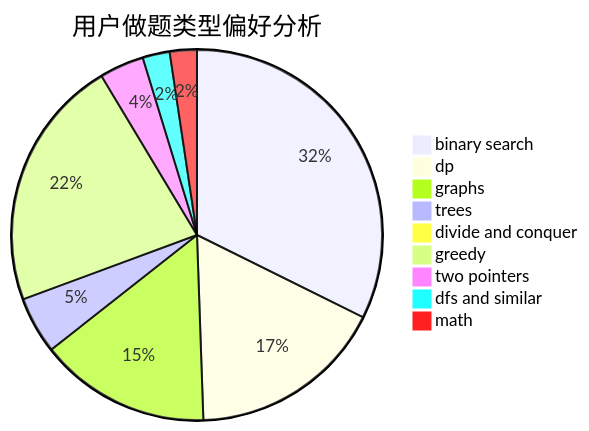
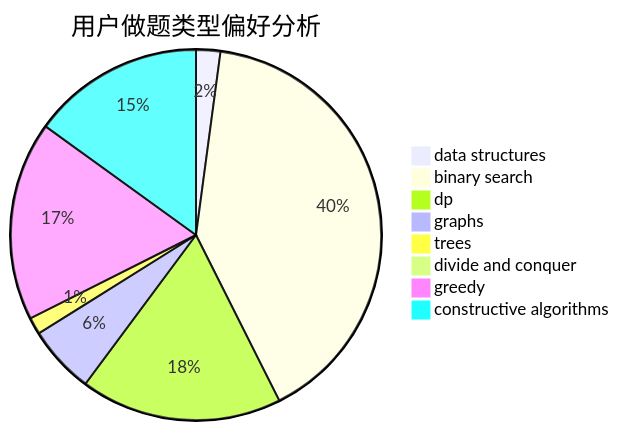
One commit to sherpahu/cfrs.github.io changed the second of 3 diagrams in docs/user/u1535.md. Above: the diagram before and after it, drawn with Mermaid. The commit also changed other lines of this file and 2775 other files, not shown here.

````diff
--- a/docs/user/u1535.md
+++ b/docs/user/u1535.md
@@ -23,12 +23,11 @@
 ```mermaid
 pie title 用户做题类型偏好分析
-    "binary search" :  383
-    "dp" :  203
-    "graphs" :  177
-    "trees" :  59
+    "data structures" :  10
+    "binary search" :  191
+    "dp" :  83
+    "graphs" :  28
+    "trees" :  7
     "divide and conquer" :  0
-    "greedy" :  261
-    "two pointers" :  46
-    "dfs and similar" :  28
-    "math" :  28
+    "greedy" :  82
+    "constructive algorithms" :  71
 ```
````
